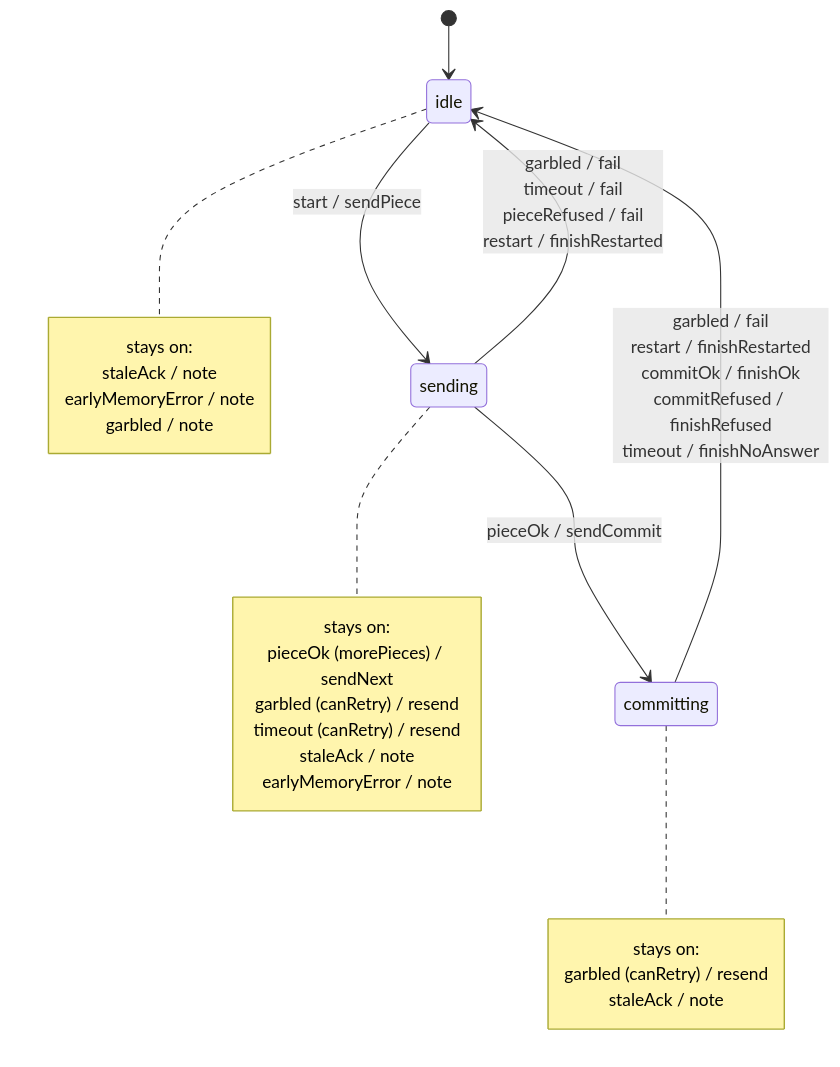
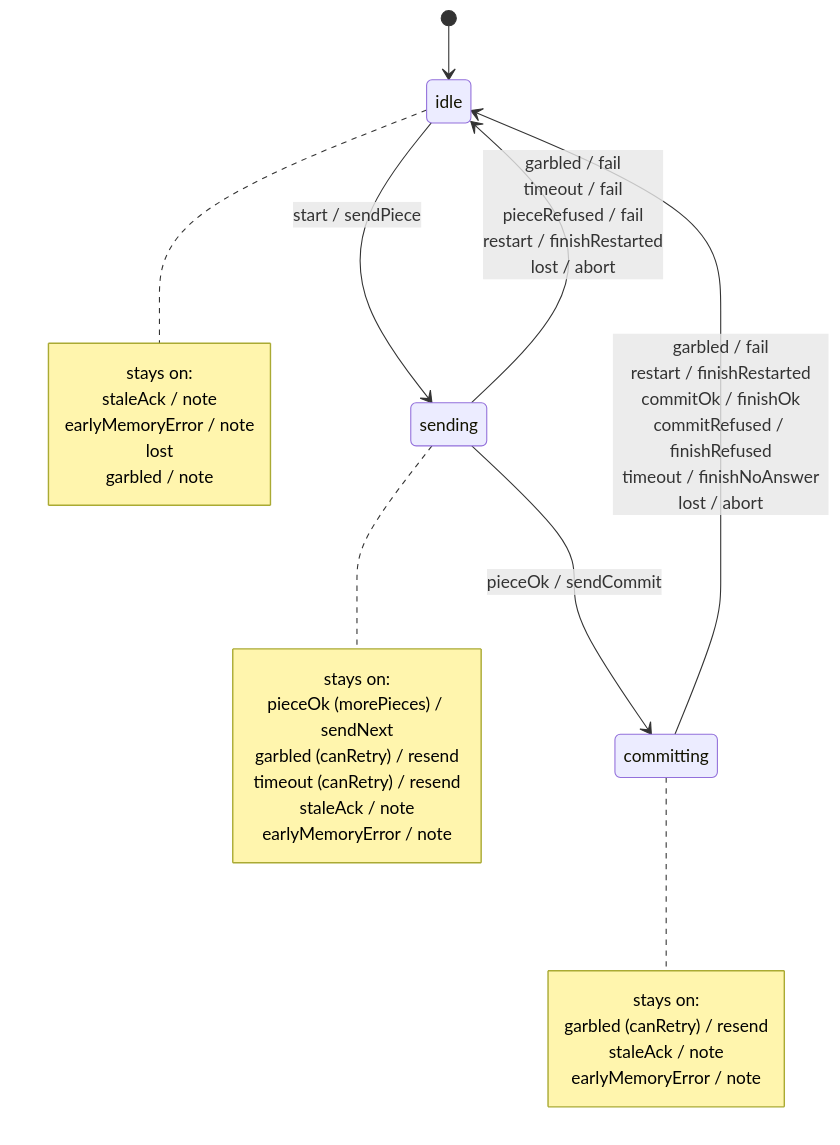
Before and after one commit to mkarliner/ThingStudio: the second of 2 diagrams in interfaces/protocol/STATES.md, drawn with Mermaid. The commit also changed other lines of this file and 12 other files, not shown here.

````diff
--- a/interfaces/protocol/STATES.md
+++ b/interfaces/protocol/STATES.md
@@ -178,28 +178,30 @@
 ```mermaid
 stateDiagram-v2
     direction TB
     [*] --> idle
     idle --> sending : start / sendPiece
     sending --> committing : pieceOk / sendCommit
-    sending --> idle : garbled / fail<br/>timeout / fail<br/>pieceRefused / fail<br/>restart / finishRestarted
-    committing --> idle : garbled / fail<br/>restart / finishRestarted<br/>commitOk / finishOk<br/>commitRefused / finishRefused<br/>timeout / finishNoAnswer
+    sending --> idle : garbled / fail<br/>timeout / fail<br/>pieceRefused / fail<br/>restart / finishRestarted<br/>lost / abort
+    committing --> idle : garbled / fail<br/>restart / finishRestarted<br/>commitOk / finishOk<br/>commitRefused / finishRefused<br/>timeout / finishNoAnswer<br/>lost / abort
     note right of idle
         stays on:
         staleAck / note
         earlyMemoryError / note
+        lost
         garbled / note
     end note
     note right of sending
         stays on:
         pieceOk (morePieces) / sendNext
         garbled (canRetry) / resend
         timeout (canRetry) / resend
         staleAck / note
         earlyMemoryError / note
     end note
     note right of committing
         stays on:
         garbled (canRetry) / resend
         staleAck / note
+        earlyMemoryError / note
     end note
 ```
````
